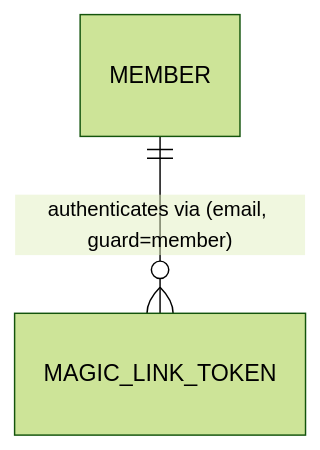
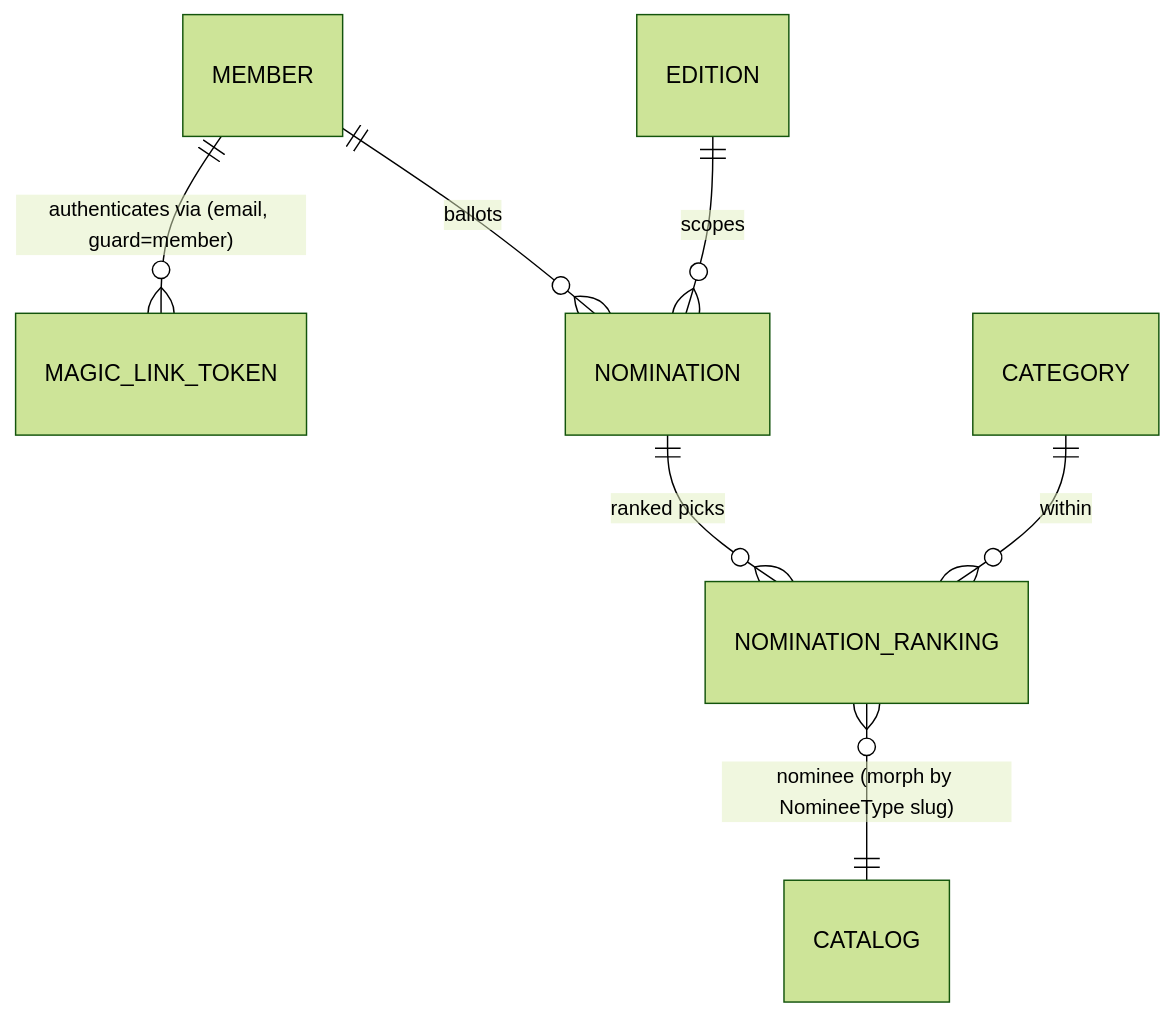
One commit to mihalacherazvan/rominas-api changed the fourth of 4 diagrams in docs/domain-model.md. Above: the diagram before and after it, drawn with Mermaid (forest theme). The commit also changed other lines of this file and 23 other files, not shown here.

First line of the commit message:
Add Academy ranked nominations: member ballots, save/resume, submit

````diff
--- a/docs/domain-model.md
+++ b/docs/domain-model.md
@@ -210,4 +211,9 @@
 ```mermaid
 erDiagram
     MEMBER ||--o{ MAGIC_LINK_TOKEN : "authenticates via (email, guard=member)"
+    MEMBER ||--o{ NOMINATION : "ballots"
+    EDITION ||--o{ NOMINATION : "scopes"
+    NOMINATION ||--o{ NOMINATION_RANKING : "ranked picks"
+    CATEGORY ||--o{ NOMINATION_RANKING : "within"
+    NOMINATION_RANKING }o--|| CATALOG : "nominee (morph by NomineeType slug)"
 ```
````
